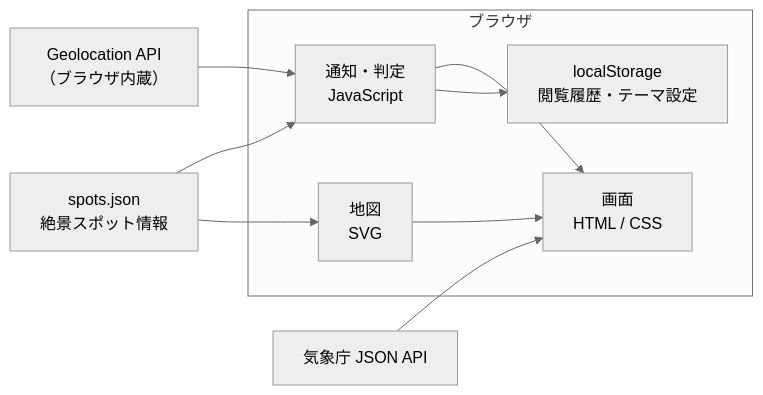
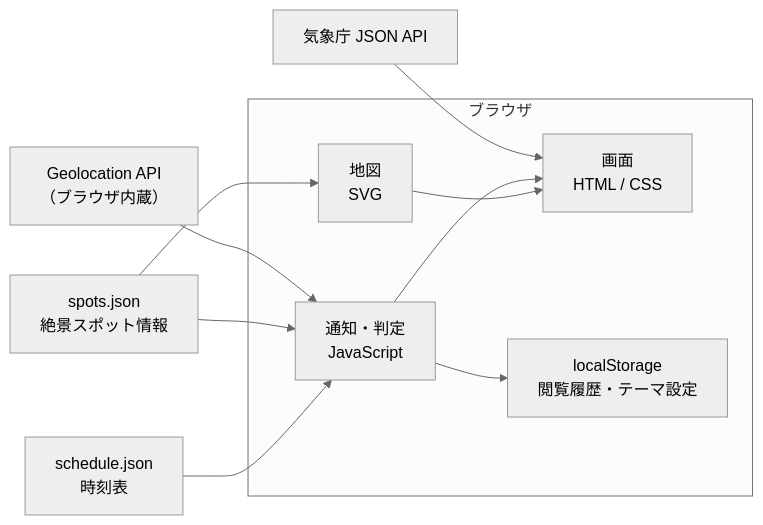
The third of 3 diagrams in docs/設計書.md (Hexran-123/2026Expo), drawn with Mermaid (neutral theme) before and after one commit. The commit also changed other lines of this file and 43 other files, not shown here.

````diff
--- a/docs/設計書.md
+++ b/docs/設計書.md
@@ -337,17 +492,18 @@
 ```mermaid
 flowchart LR
     subgraph ブラウザ
         UI["画面<br/>HTML / CSS"]
         MAP["地図<br/>SVG"]
         LOGIC["通知・判定<br/>JavaScript"]
         STORE["localStorage<br/>閲覧履歴・テーマ設定"]
     end
 
     GEO["Geolocation API<br/>（ブラウザ内蔵）"] --> LOGIC
     SPOTS["spots.json<br/>絶景スポット情報"] --> LOGIC
     SPOTS --> MAP
+    SCHED["schedule.json<br/>時刻表"] --> LOGIC
     JMA["気象庁 JSON API"] --> UI
     LOGIC --> UI
     LOGIC --> STORE
     MAP --> UI
 ```
````
